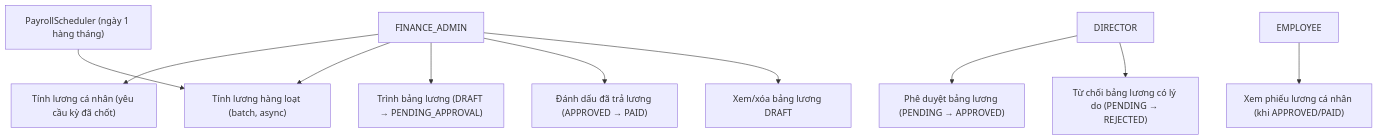
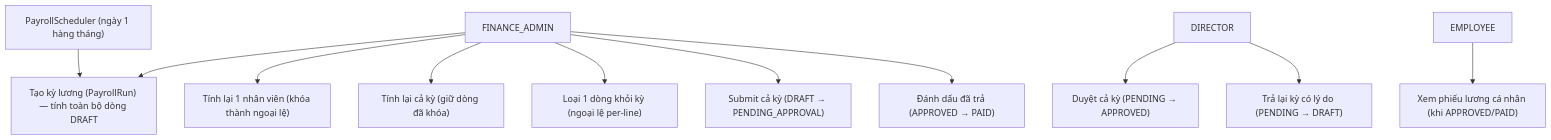
The sixth of 19 diagrams in docs/DATN_20204812_NguyenThanhBach/DATN_20204812_NguyenThanhBach.md (NBachTH/HRMS), drawn with Mermaid before and after one commit. The commit also changed other lines of this file and 88 other files, not shown here.

Commit message:
fix Contract, Payroll Run flow

````diff
--- a/docs/DATN_20204812_NguyenThanhBach/DATN_20204812_NguyenThanhBach.md
+++ b/docs/DATN_20204812_NguyenThanhBach/DATN_20204812_NguyenThanhBach.md
@@ -306,12 +308,13 @@
 ```mermaid
 graph TD
-    FIN["FINANCE_ADMIN"] --> A["Tính lương cá nhân (yêu cầu kỳ đã chốt)"]
-    FIN --> B["Tính lương hàng loạt (batch, async)"]
-    FIN --> C["Trình bảng lương (DRAFT → PENDING_APPROVAL)"]
-    FIN --> D["Đánh dấu đã trả lương (APPROVED → PAID)"]
-    FIN --> E["Xem/xóa bảng lương DRAFT"]
-    DIR["DIRECTOR"] --> F["Phê duyệt bảng lương (PENDING → APPROVED)"]
-    DIR --> G["Từ chối bảng lương có lý do (PENDING → REJECTED)"]
+    FIN["FINANCE_ADMIN"] --> A["Tạo kỳ lương (PayrollRun) — tính toàn bộ dòng DRAFT"]
+    FIN --> R1["Tính lại 1 nhân viên (khóa thành ngoại lệ)"]
+    FIN --> R2["Tính lại cả kỳ (giữ dòng đã khóa)"]
+    FIN --> R3["Loại 1 dòng khỏi kỳ (ngoại lệ per-line)"]
+    FIN --> C["Submit cả kỳ (DRAFT → PENDING_APPROVAL)"]
+    FIN --> D["Đánh dấu đã trả (APPROVED → PAID)"]
+    DIR["DIRECTOR"] --> F["Duyệt cả kỳ (PENDING → APPROVED)"]
+    DIR --> G["Trả lại kỳ có lý do (PENDING → DRAFT)"]
     EMP["EMPLOYEE"] --> H["Xem phiếu lương cá nhân (khi APPROVED/PAID)"]
-    SCHED["PayrollScheduler (ngày 1 hàng tháng)"] --> B
+    SCHED["PayrollScheduler (ngày 1 hàng tháng)"] --> A
 ```
````
